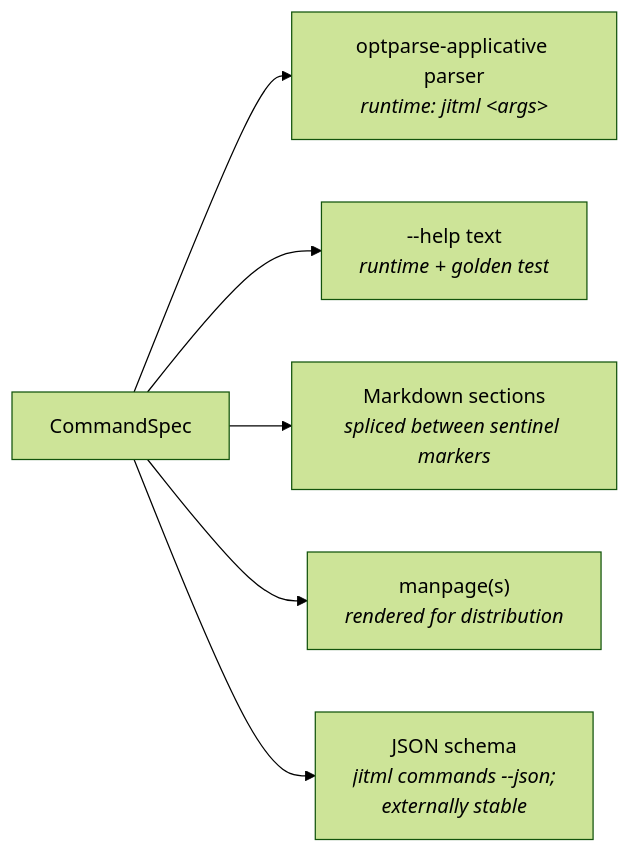
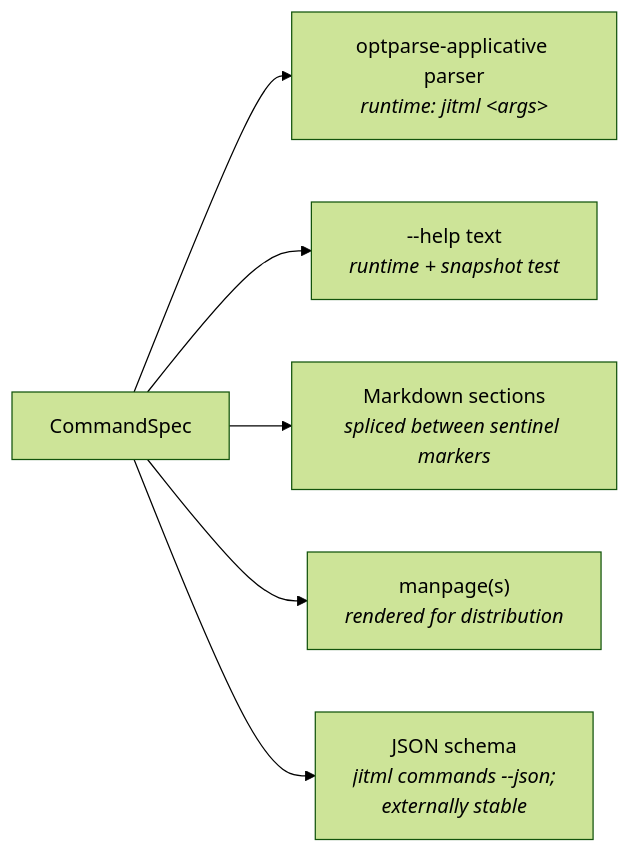
Before and after one commit to Tuee22/jitML: the second of 4 diagrams in README.md, drawn with Mermaid (forest theme). The commit also changed other lines of this file and 24 other files, not shown here.

````diff
--- a/README.md
+++ b/README.md
@@ -811,14 +811,14 @@
 ```mermaid
 flowchart LR
     spec[CommandSpec]
     parser["optparse-applicative parser<br/><i>runtime: jitml &lt;args&gt;</i>"]
-    help["--help text<br/><i>runtime + golden test</i>"]
+    help["--help text<br/><i>runtime + snapshot test</i>"]
     md["Markdown sections<br/><i>spliced between sentinel markers</i>"]
     man["manpage&lpar;s&rpar;<br/><i>rendered for distribution</i>"]
     json["JSON schema<br/><i>jitml commands --json;</i><br/><i>externally stable</i>"]
     spec --> parser
     spec --> help
     spec --> md
     spec --> man
     spec --> json
 ```
````
